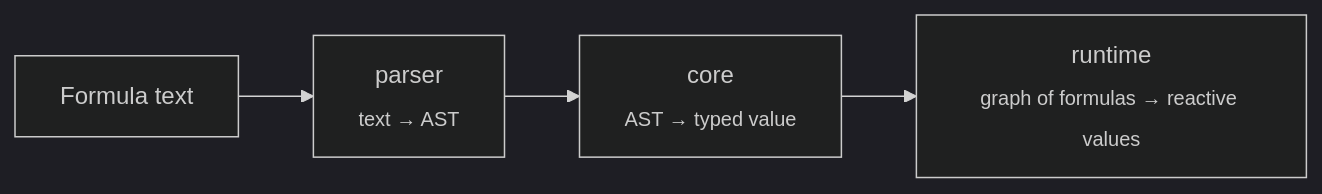
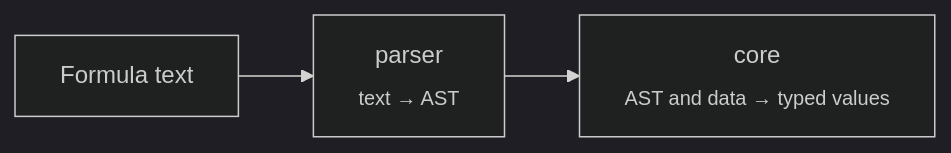
Before and after one commit to rushelex/evalex: the diagram in README.md, drawn with Mermaid (dark theme). The commit also changed other lines of this file and 50 other files, not shown here.

````diff
--- a/README.md
+++ b/README.md
@@ -189,6 +168,5 @@
 ```mermaid
 flowchart LR
   A["Formula text"] --> P["parser<br/><sub>text → AST</sub>"]
-  P --> C["core<br/><sub>AST → typed value</sub>"]
-  C --> R["runtime<br/><sub>graph of formulas → reactive values</sub>"]
+  P --> C["core<br/><sub>AST and data → typed values</sub>"]
 ```
````
